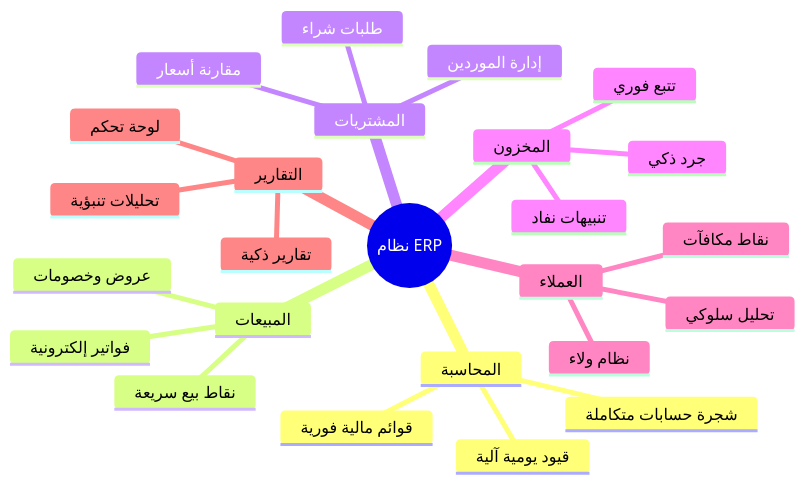
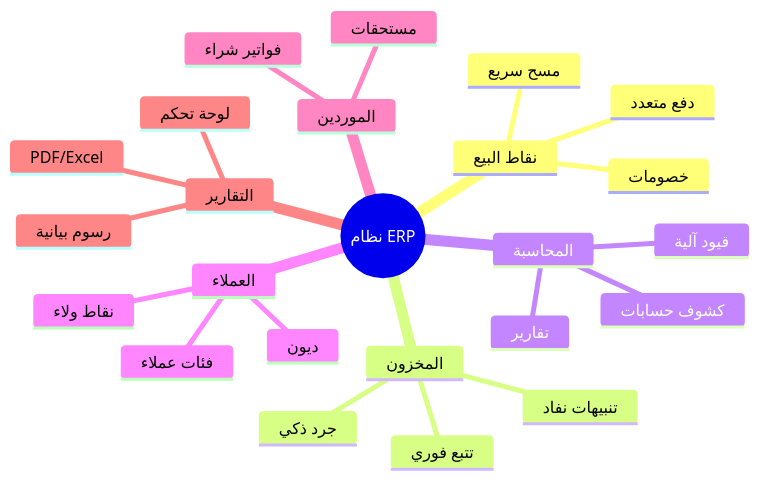
Before and after one commit to yunis709/flutter-erp-sys: the second of 3 diagrams in README.md, drawn with Mermaid. The commit also changed other lines of this file and 3 other files, not shown here.

````diff
--- a/README.md
+++ b/README.md
@@ -40,28 +75,27 @@
 ```mermaid
 mindmap
   root((نظام ERP))
-    المحاسبة
-      شجرة حسابات متكاملة
-      قيود يومية آلية
-      قوائم مالية فورية
-    المبيعات
-      نقاط بيع سريعة
-      فواتير إلكترونية
-      عروض وخصومات
-    المشتريات
-      طلبات شراء
-      إدارة الموردين
-      مقارنة أسعار
+    نقاط البيع
+      مسح سريع
+      دفع متعدد
+      خصومات
     المخزون
       تتبع فوري
+      تنبيهات نفاد
       جرد ذكي
-      تنبيهات نفاد
+    المحاسبة
+      قيود آلية
+      كشوف حسابات
+      تقارير
     العملاء
-      نظام ولاء
-      نقاط مكافآت
-      تحليل سلوكي
+      نقاط ولاء
+      فئات عملاء
+      ديون
+    الموردين
+      فواتير شراء
+      مستحقات
     التقارير
+      PDF/Excel
+      رسوم بيانية
       لوحة تحكم
-      تقارير ذكية
-      تحليلات تنبؤية
 ```
````
